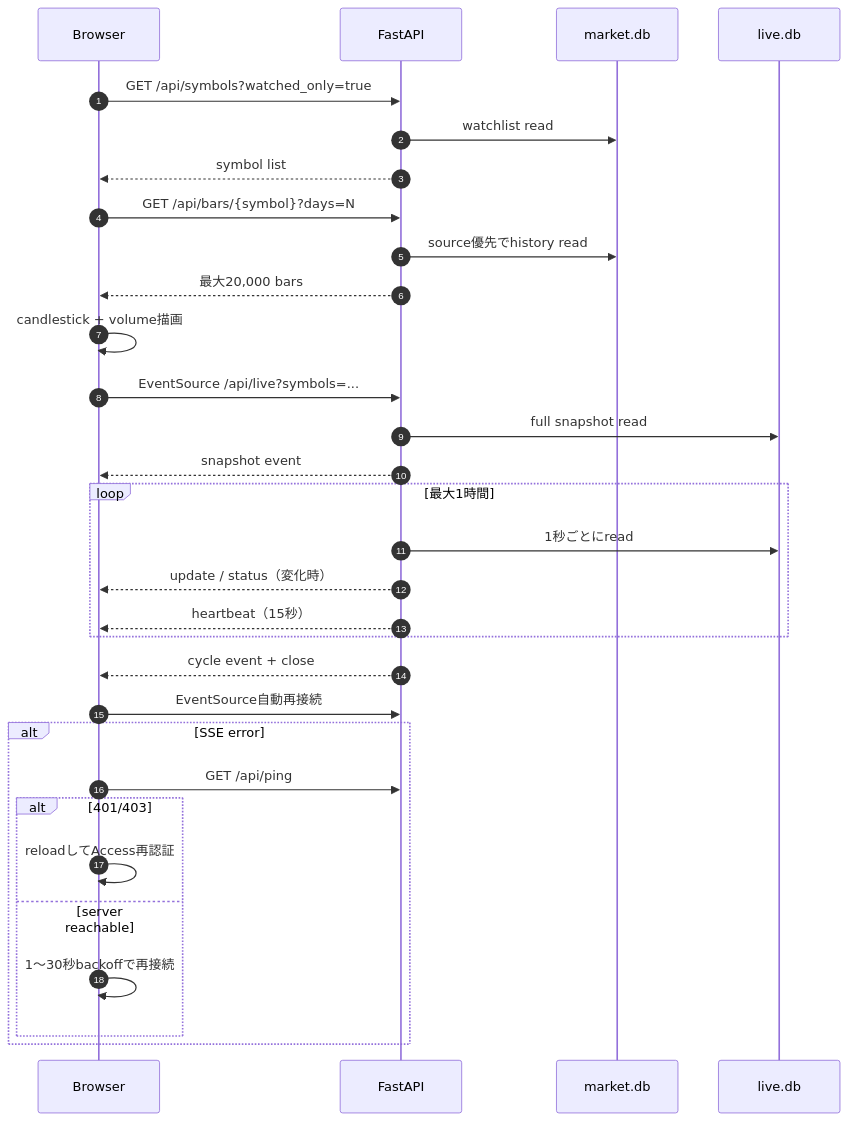
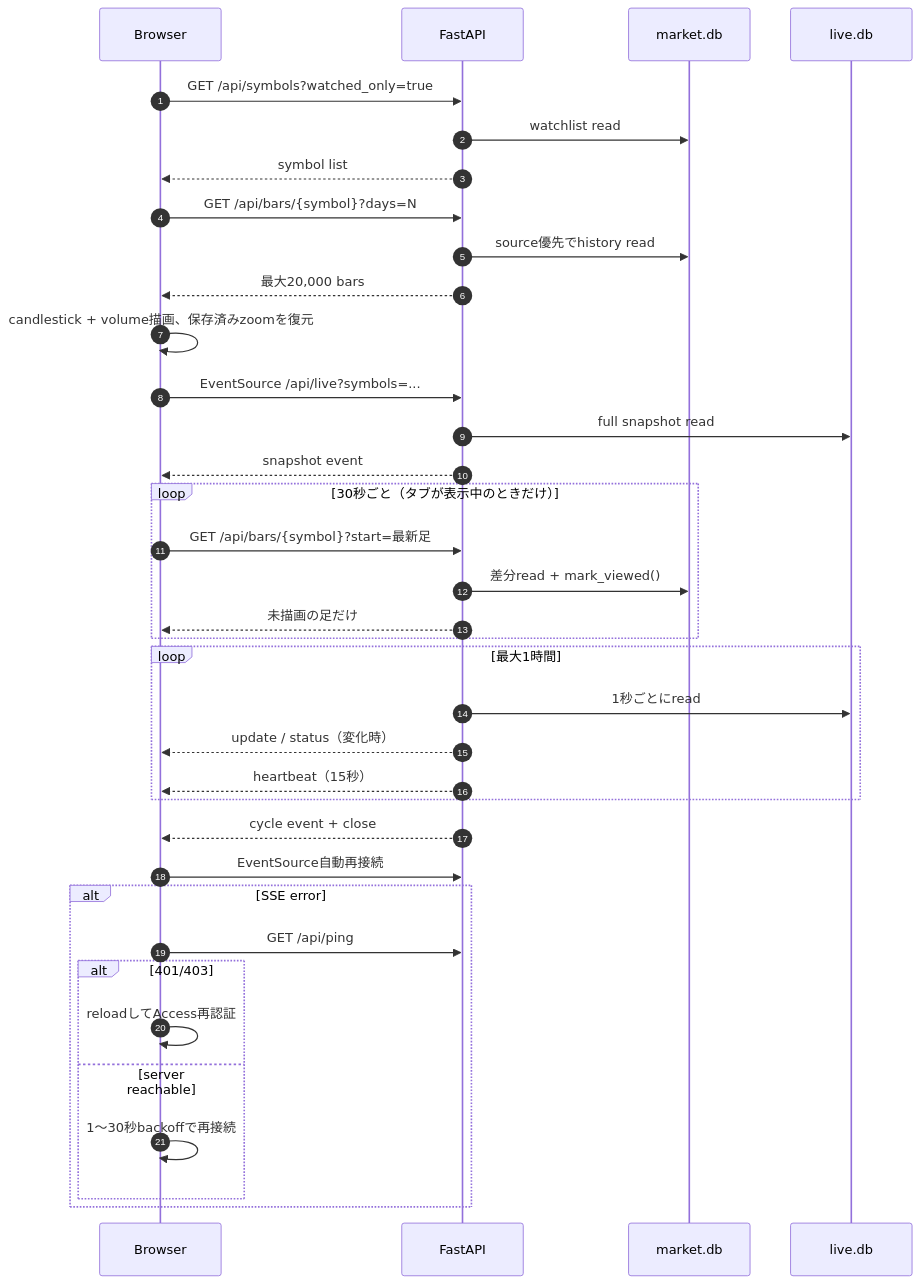
One commit to makechair/spelling-inconsistencies changed the tenth of 13 diagrams in docs/system-architecture.md. Above: the diagram before and after it, drawn with Mermaid. The commit also changed other lines of this file and 1 other file, not shown here.

````diff
--- a/docs/system-architecture.md
+++ b/docs/system-architecture.md
@@ -364,35 +576,40 @@
 ```mermaid
 sequenceDiagram
     autonumber
     participant UI as Browser
     participant API as FastAPI
     participant M as market.db
     participant L as live.db
 
     UI->>API: GET /api/symbols?watched_only=true
     API->>M: watchlist read
     API-->>UI: symbol list
     UI->>API: GET /api/bars/{symbol}?days=N
     API->>M: source優先でhistory read
     API-->>UI: 最大20,000 bars
-    UI->>UI: candlestick + volume描画
+    UI->>UI: candlestick + volume描画、保存済みzoomを復元
     UI->>API: EventSource /api/live?symbols=...
     API->>L: full snapshot read
     API-->>UI: snapshot event
+    loop 30秒ごと（タブが表示中のときだけ）
+        UI->>API: GET /api/bars/{symbol}?start=最新足
+        API->>M: 差分read + mark_viewed()
+        API-->>UI: 未描画の足だけ
+    end
     loop 最大1時間
         API->>L: 1秒ごとにread
         API-->>UI: update / status（変化時）
         API-->>UI: heartbeat（15秒）
     end
     API-->>UI: cycle event + close
     UI->>API: EventSource自動再接続
 
     alt SSE error
         UI->>API: GET /api/ping
         alt 401/403
             UI->>UI: reloadしてAccess再認証
         else server reachable
             UI->>UI: 1〜30秒backoffで再接続
         end
     end
 ```
````
